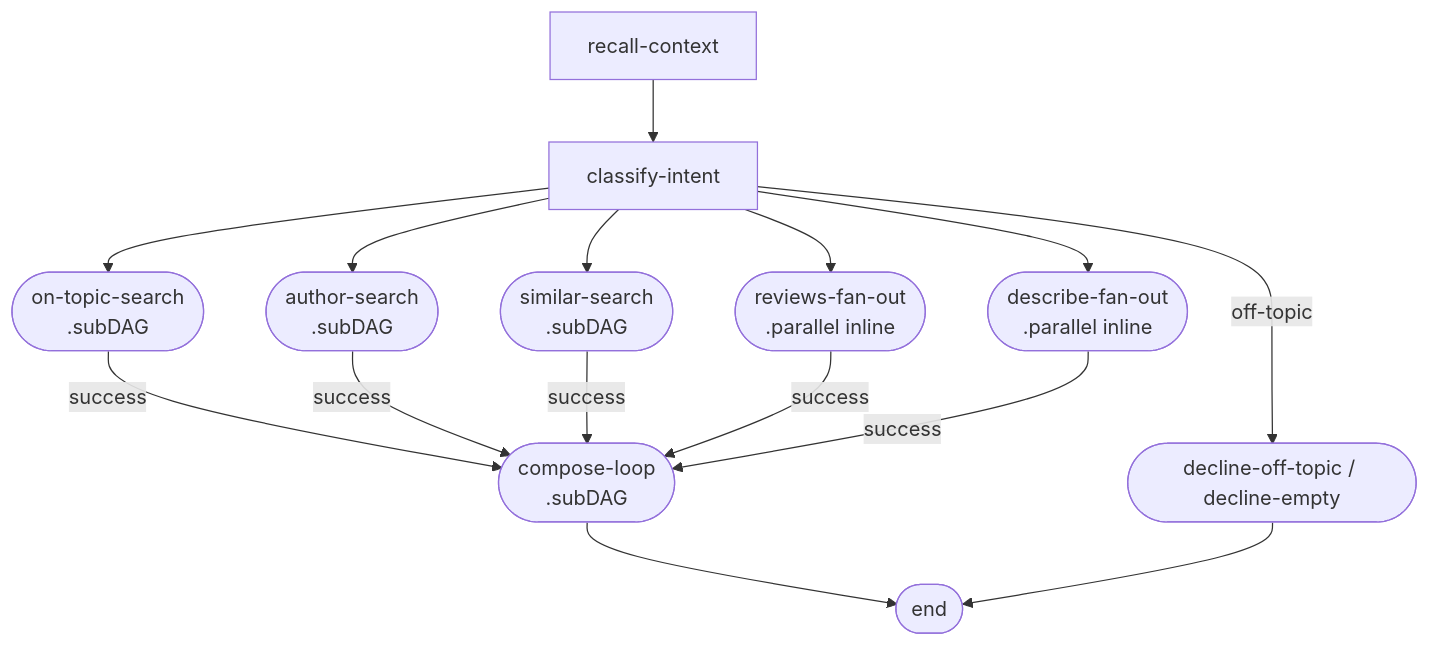
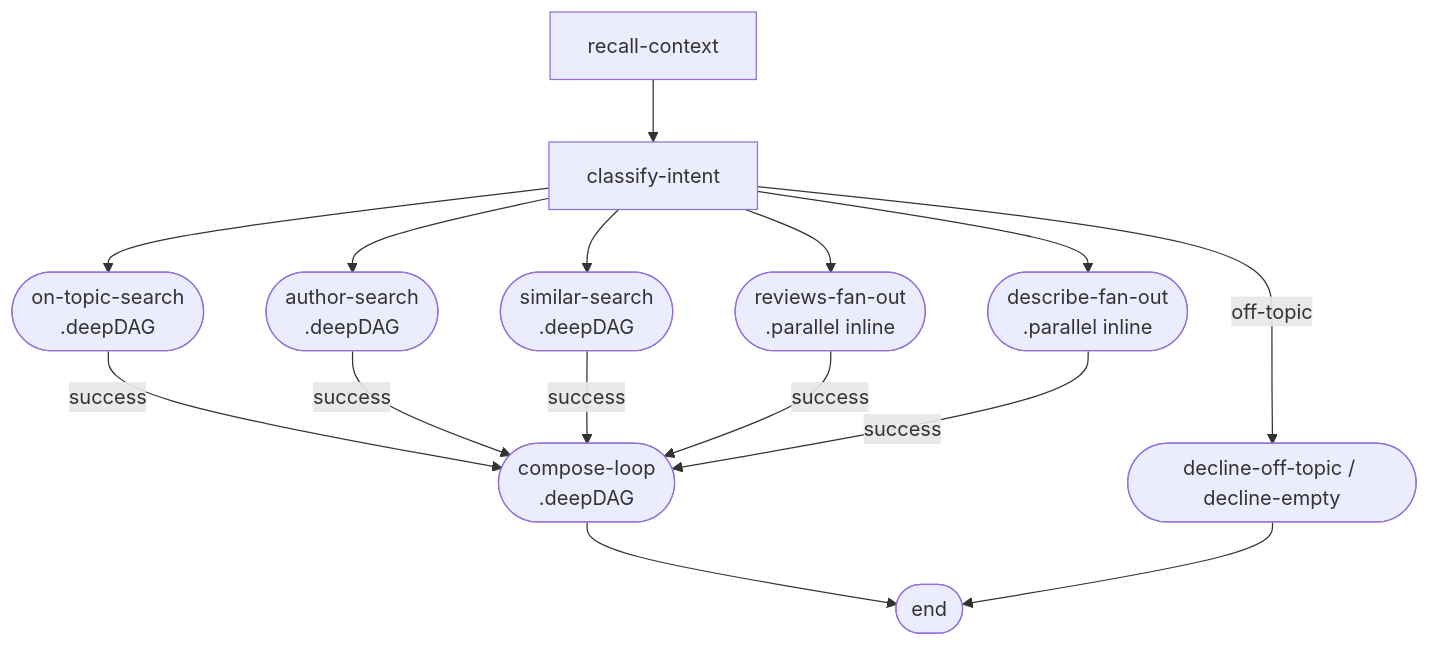
One commit to Studnicky/Dagonizer changed the diagram in docs/examples/06-builder.md. Above: the diagram before and after it, drawn with Mermaid. The commit also changed other lines of this file and 58 other files, not shown here.

First line of the commit message:
refactor!: canonical JSON-LD DAG + deepDAG rename

````diff
--- a/docs/examples/06-builder.md
+++ b/docs/examples/06-builder.md
@@ -12,18 +12,18 @@
 ```mermaid
 flowchart TB
   recall[recall-context]
   classify[classify-intent]
-  on-topic([on-topic-search\n.subDAG])
-  author([author-search\n.subDAG])
-  similar([similar-search\n.subDAG])
+  on-topic([on-topic-search\n.deepDAG])
+  author([author-search\n.deepDAG])
+  similar([similar-search\n.deepDAG])
   reviews([reviews-fan-out\n.parallel inline])
   describe([describe-fan-out\n.parallel inline])
-  compose([compose-loop\n.subDAG])
+  compose([compose-loop\n.deepDAG])
   decline([decline-off-topic / decline-empty])
   END([end])
   recall --> classify
   classify --> on-topic & author & similar & reviews & describe
   on-topic & author & similar & reviews & describe -->|success| compose
   compose --> END
   classify -->|off-topic| decline --> END
 ```
````
